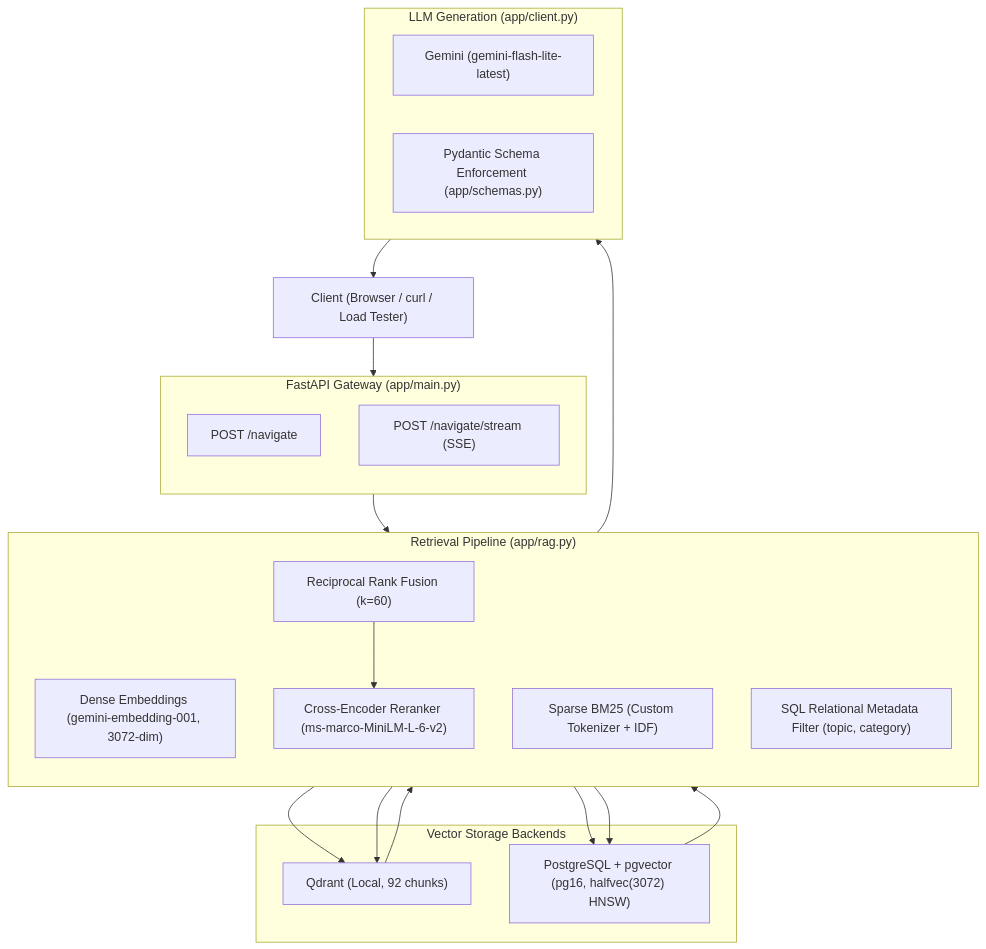
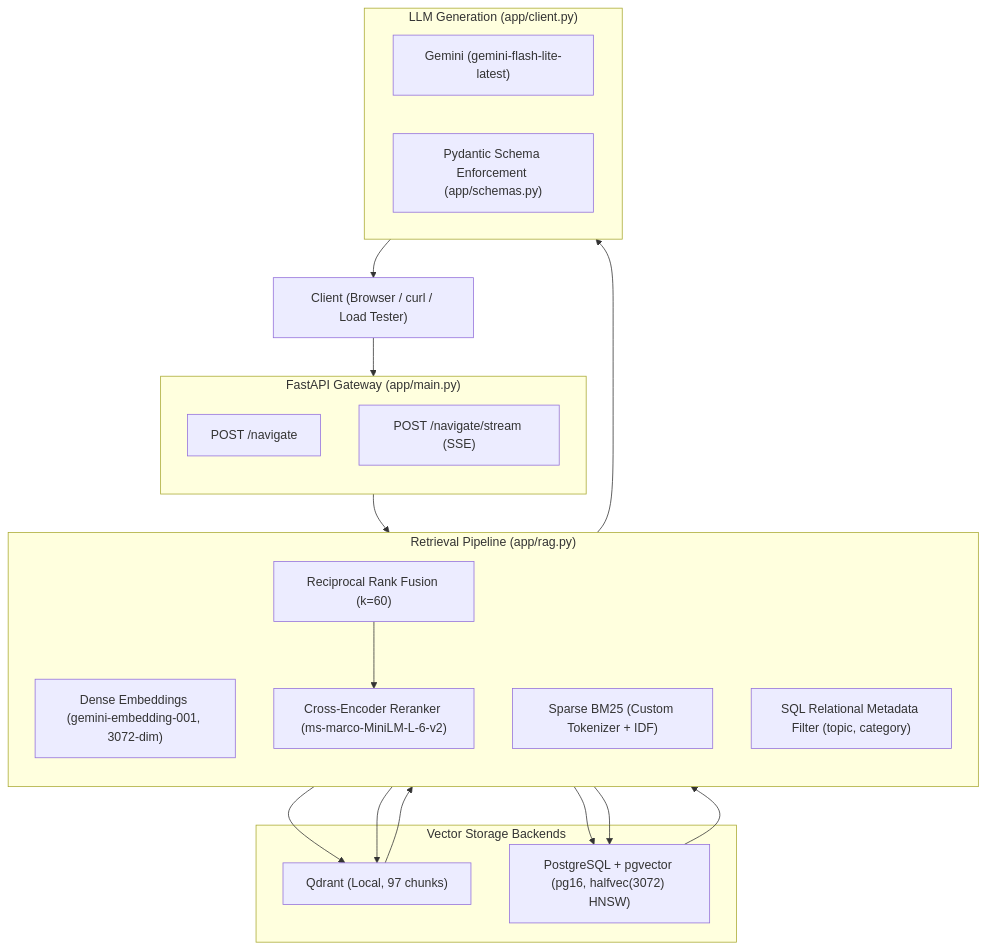
Before and after one commit to k-nikhil-coder/tutorial-hell-navigator: the diagram in README.md, drawn with Mermaid. The commit also changed other lines of this file, not shown here.

````diff
--- a/README.md
+++ b/README.md
@@ -34,41 +34,41 @@
 ```mermaid
 flowchart TD
     Client["Client (Browser / curl / Load Tester)"]
 
     subgraph FastAPI["FastAPI Gateway (app/main.py)"]
         direction TB
         Navigate["POST /navigate"]
         Stream["POST /navigate/stream (SSE)"]
     end
 
     subgraph Retrieval["Retrieval Pipeline (app/rag.py)"]
         direction TB
         Dense["Dense Embeddings (gemini-embedding-001, 3072-dim)"]
         BM25["Sparse BM25 (Custom Tokenizer + IDF)"]
         RRF["Reciprocal Rank Fusion (k=60)"]
         Reranker["Cross-Encoder Reranker (ms-marco-MiniLM-L-6-v2)"]
         SQLFilter["SQL Relational Metadata Filter (topic, category)"]
     end
 
     subgraph VectorBackends["Vector Storage Backends"]
-        Qdrant["Qdrant (Local, 92 chunks)"]
+        Qdrant["Qdrant (Local, 97 chunks)"]
         PgVector["PostgreSQL + pgvector (pg16, halfvec(3072) HNSW)"]
     end
 
     subgraph Generation["LLM Generation (app/client.py)"]
         Gemini["Gemini (gemini-flash-lite-latest)"]
         Schema["Pydantic Schema Enforcement (app/schemas.py)"]
     end
 
     Client --> FastAPI
     FastAPI --> Retrieval
     Dense --> Qdrant
     Dense --> PgVector
     BM25 --> Qdrant
     SQLFilter --> PgVector
     Qdrant --> RRF
     PgVector --> RRF
     RRF --> Reranker
     Reranker --> Generation
     Generation --> Client
 ```
````
